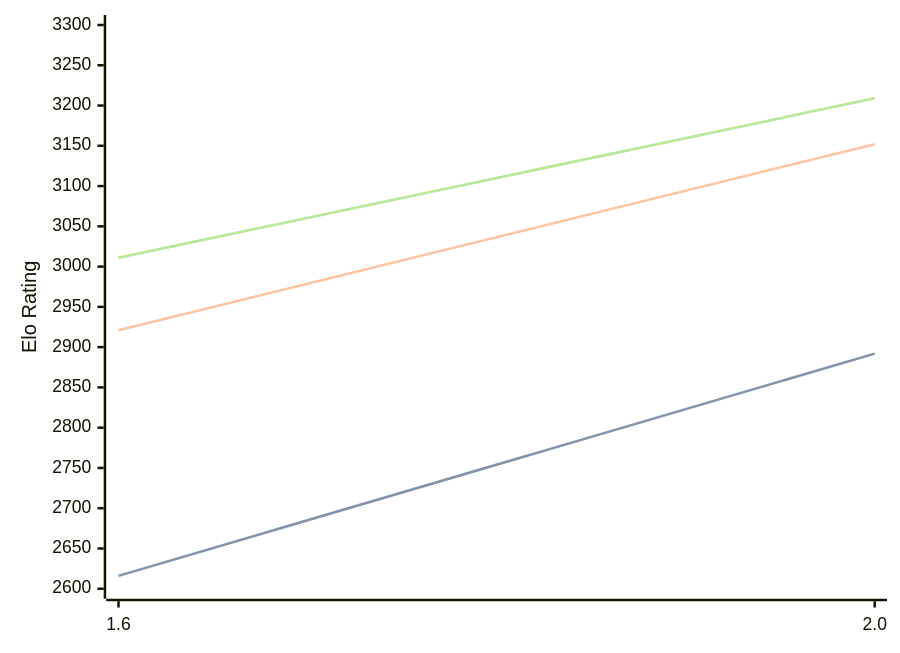
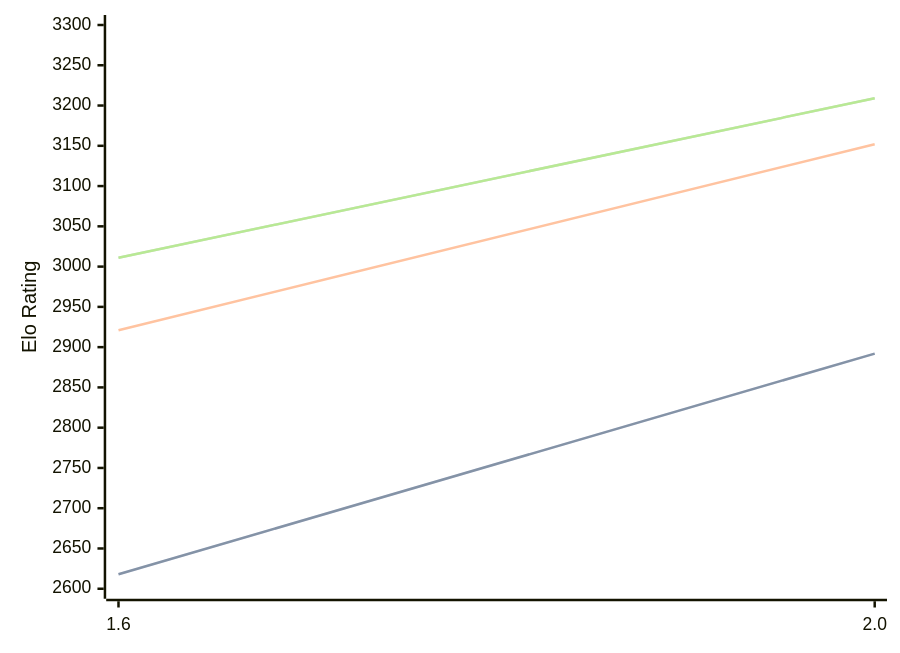
One commit to computer-chess-index/cci changed the diagram in engines/Onyx.md. Above: the diagram before and after it, drawn with Mermaid. The commit also changed other lines of this file, not shown here.

````diff
--- a/engines/Onyx.md
+++ b/engines/Onyx.md
@@ -32,11 +32,11 @@
 ```mermaid
 %%{init: {"theme":"base","themeVariables":{"seriesColors:['#a3a3a3','#222221','#faa371']}}}%%
 xychart-beta
   x-axis ["1.6", "2.0"]
   y-axis "Elo Rating" 2600 --> 3300
-  line "STC (8.0+0.08s)" [2616, 2892]
-  line "STC (8.0+0.08s)" [2616, 2892]
+  line "STC (8.0+0.08s)" [2618, 2892]
+  line "STC (8.0+0.08s)" [2618, 2892]
   line "LTC (60.0+0.60s)" [2921, 3152]
   line "VLTC (2m24s+1.12s)" [3011, 3209]
   line "VLTC (2m24s+1.12s)" [3011, 3209]
 ```
````
